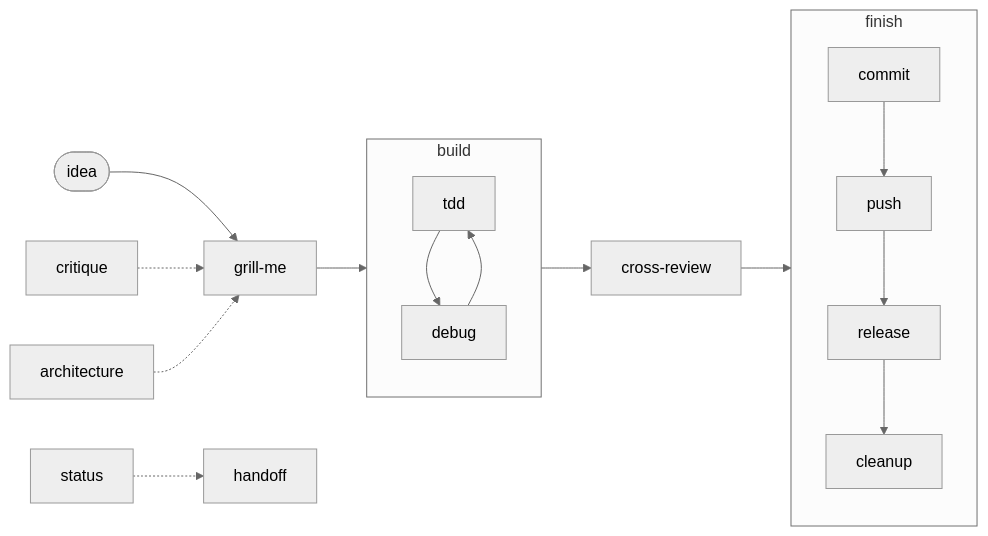
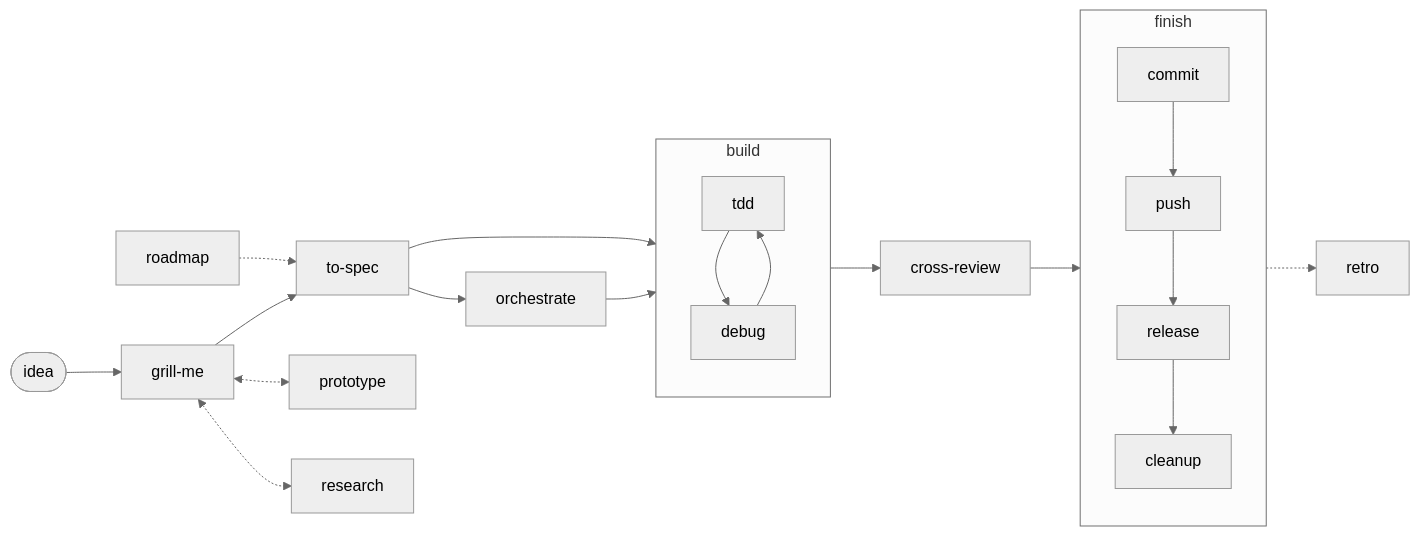
The diagram in README.md (maxvyshniakov/mastack), drawn with Mermaid (neutral theme) before and after one commit. The commit also changed other lines of this file and 35 other files, not shown here.

````diff
--- a/README.md
+++ b/README.md
@@ -14,17 +14,21 @@
 ```mermaid
 flowchart LR
   idea([idea]) --> grill[grill-me]
-  grill --> build
+  grill --> spec[to-spec]
+  roadmap -.-> spec
+  grill <-.-> prototype
+  grill <-.-> research
+  spec --> orchestrate
   subgraph build [build]
     tdd --> debug
     debug --> tdd
   end
+  orchestrate --> build
+  spec --> build
   build --> review[cross-review]
   review --> finish
   subgraph finish [finish]
     commit --> push --> release --> cleanup
   end
-  critique -.-> grill
-  architecture -.-> grill
-  status -.-> handoff
+  finish -.-> retro
 ```
````
